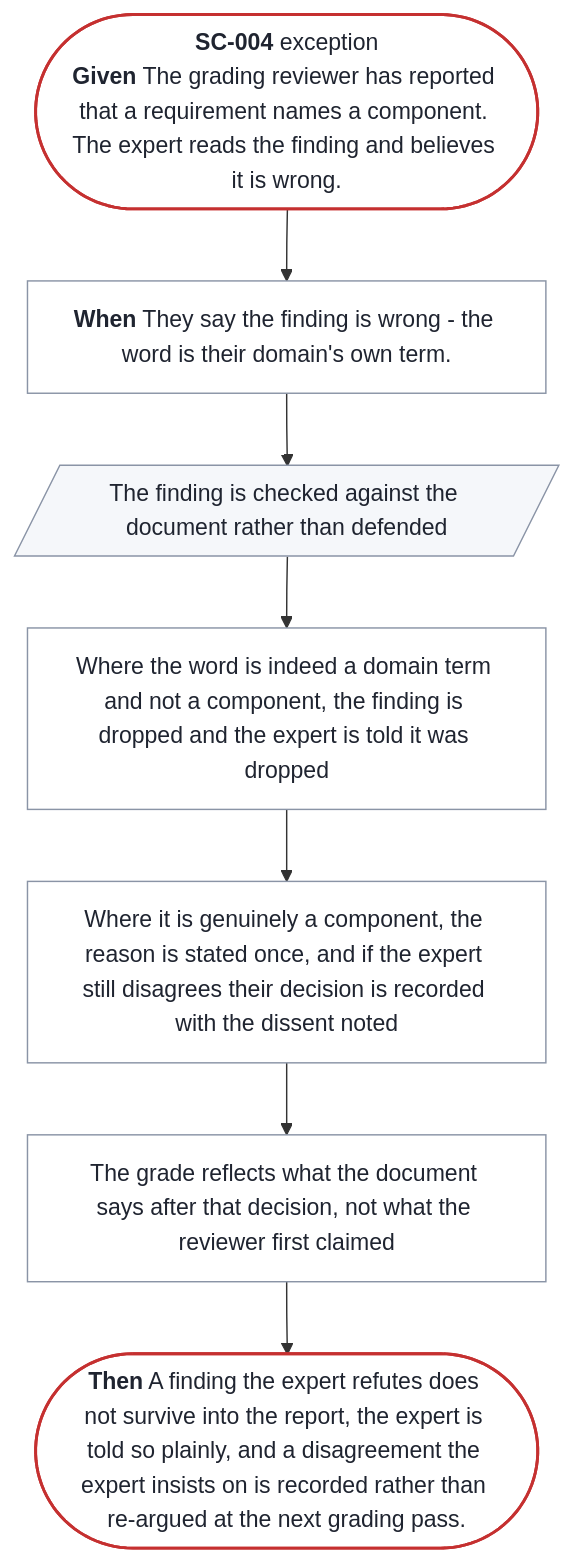
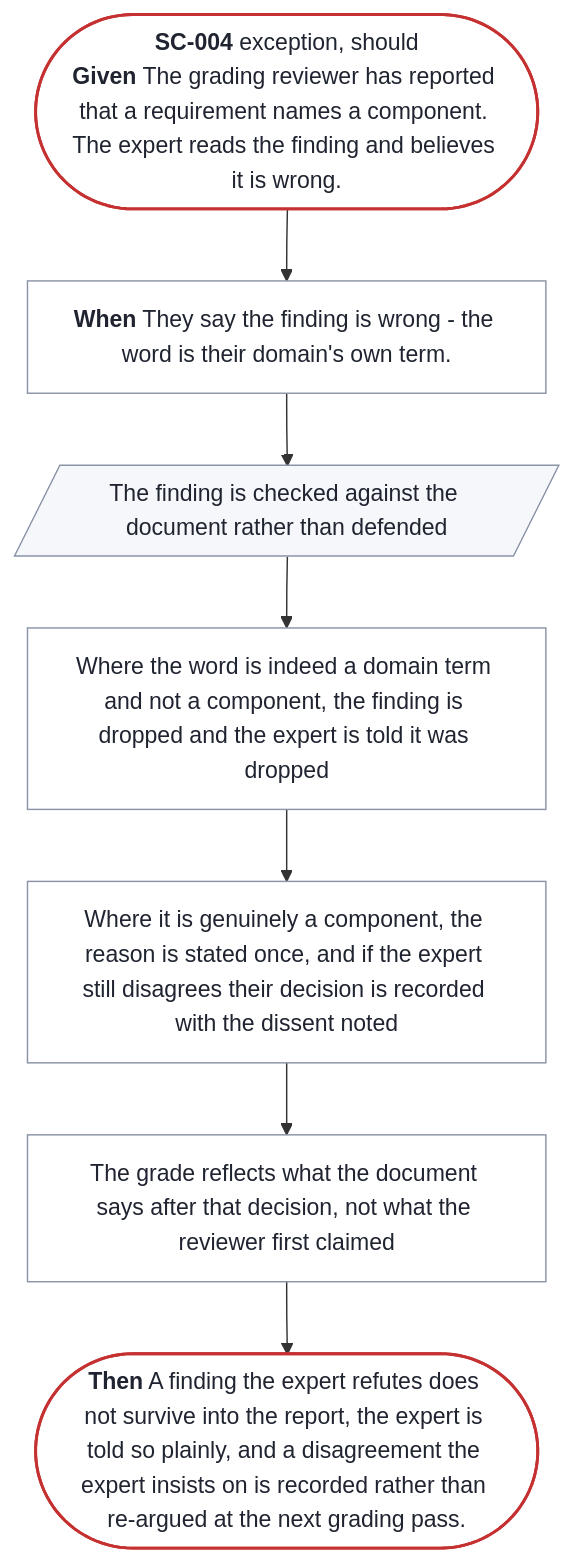
One commit to SpillwaveSolutions/prd-forge changed the diagram in docs/prd/prd-forge/diagrams/SC-004.mmd. Above: the diagram before and after it, drawn with Mermaid. The commit also changed 116 other files, not shown here.

```diff
--- a/docs/prd/prd-forge/diagrams/SC-004.mmd
+++ b/docs/prd/prd-forge/diagrams/SC-004.mmd
@@ -1,20 +1,20 @@
 %% Generated by prd-diagrams.mjs from the scenario front matter. Do not edit.
 %%{init: {"flowchart": {"wrappingWidth": 300}}}%%
 flowchart TB
-  start(["<b>SC-004</b> exception<br/><b>Given</b> The grading reviewer has reported that a requirement names a component. The expert reads the finding and believes it is wrong."])
+  start(["<b>SC-004</b> exception, should<br/><b>Given</b> The grading reviewer has reported that a requirement names a component. The expert reads the finding and believes it is wrong."])
   trigger["<b>When</b> They say the finding is wrong - the word is their domain's own term."]
   s0[/"The finding is checked against the document rather than defended"/]
   s1["Where the word is indeed a domain term and not a component, the finding is dropped and the expert is told it was dropped"]
   s2["Where it is genuinely a component, the reason is stated once, and if the expert still disagrees their decision is recorded with the dissent noted"]
   s3["The grade reflects what the document says after that decision, not what the reviewer first claimed"]
   done(["<b>Then</b> A finding the expert refutes does not survive into the report, the expert is told so plainly, and a disagreement the expert insists on is recorded rather than re-argued at the next grading pass."])
   start --> trigger --> s0 --> s1 --> s2 --> s3 --> done
   classDef ends fill:#FFFFFF,stroke:#C53030,stroke-width:2px,color:#1F2430
   classDef sees fill:#F5F7FA,stroke:#8A94A6,color:#1F2430
   classDef does fill:#FFFFFF,stroke:#8A94A6,color:#1F2430
   class start,done ends
   class s0 sees
   class s1 does
   class s2 does
   class s3 does
   class trigger does
```
